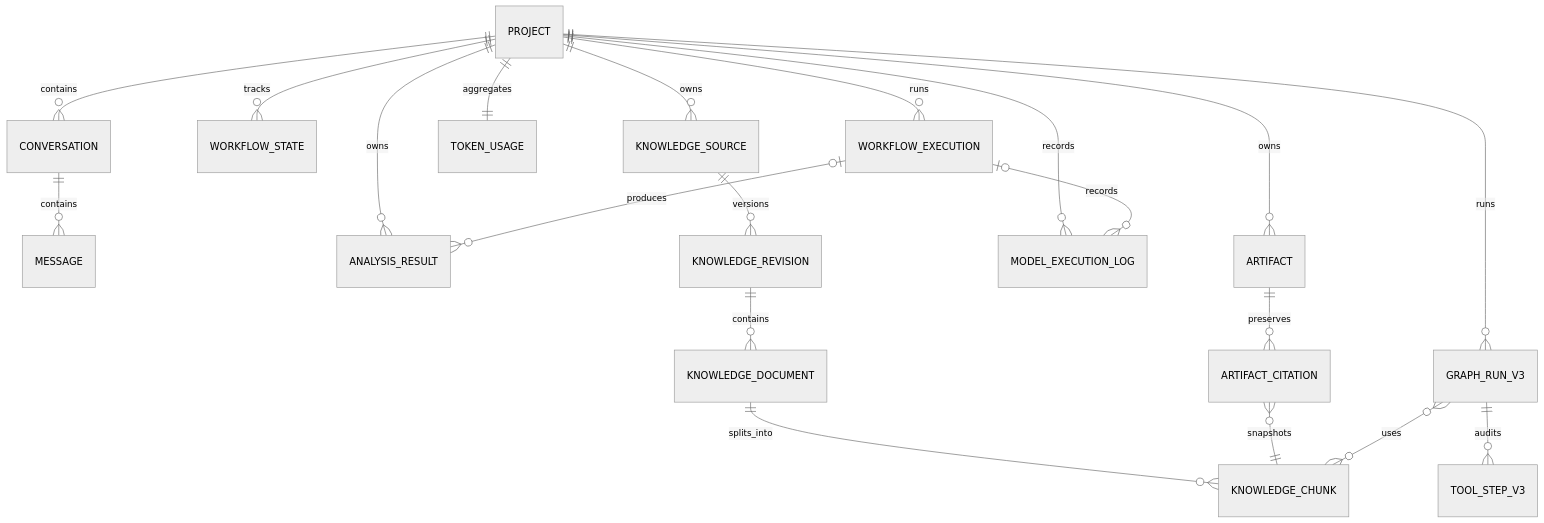
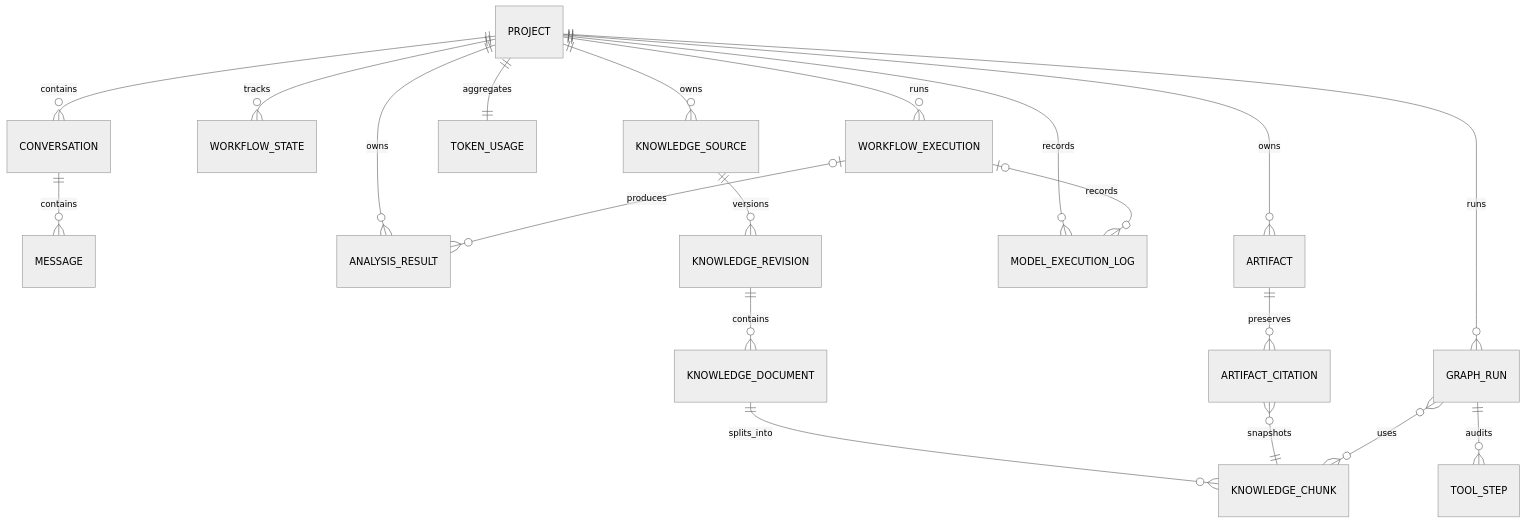
One commit to MARKX97/ai-software-planning-agent changed the third of 3 diagrams in docs/system-design.md. Above: the diagram before and after it, drawn with Mermaid (neutral theme). The commit also changed other lines of this file and 62 other files, not shown here.

````diff
--- a/docs/system-design.md
+++ b/docs/system-design.md
@@ -119,23 +120,23 @@
 ```mermaid
 erDiagram
   PROJECT ||--o{ CONVERSATION : contains
   CONVERSATION ||--o{ MESSAGE : contains
   PROJECT ||--o{ WORKFLOW_STATE : tracks
   PROJECT ||--o{ WORKFLOW_EXECUTION : runs
   PROJECT ||--o{ ANALYSIS_RESULT : owns
   WORKFLOW_EXECUTION o|--o{ ANALYSIS_RESULT : produces
   PROJECT ||--o{ ARTIFACT : owns
   PROJECT ||--o{ MODEL_EXECUTION_LOG : records
   WORKFLOW_EXECUTION o|--o{ MODEL_EXECUTION_LOG : records
   PROJECT ||--|| TOKEN_USAGE : aggregates
 
   PROJECT ||--o{ KNOWLEDGE_SOURCE : owns
   KNOWLEDGE_SOURCE ||--o{ KNOWLEDGE_REVISION : versions
   KNOWLEDGE_REVISION ||--o{ KNOWLEDGE_DOCUMENT : contains
   KNOWLEDGE_DOCUMENT ||--o{ KNOWLEDGE_CHUNK : splits_into
   ARTIFACT ||--o{ ARTIFACT_CITATION : preserves
   ARTIFACT_CITATION }o--|| KNOWLEDGE_CHUNK : snapshots
-  PROJECT ||--o{ GRAPH_RUN_V3 : runs
-  GRAPH_RUN_V3 ||--o{ TOOL_STEP_V3 : audits
-  GRAPH_RUN_V3 }o--o{ KNOWLEDGE_CHUNK : uses
+  PROJECT ||--o{ GRAPH_RUN : runs
+  GRAPH_RUN ||--o{ TOOL_STEP : audits
+  GRAPH_RUN }o--o{ KNOWLEDGE_CHUNK : uses
 ```
````
